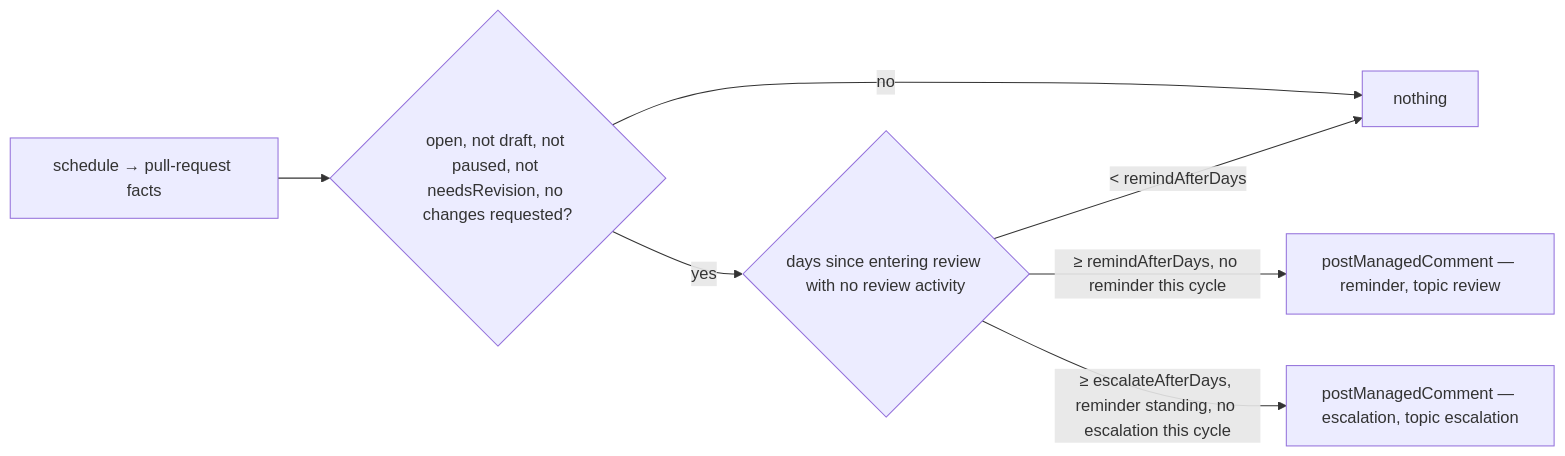
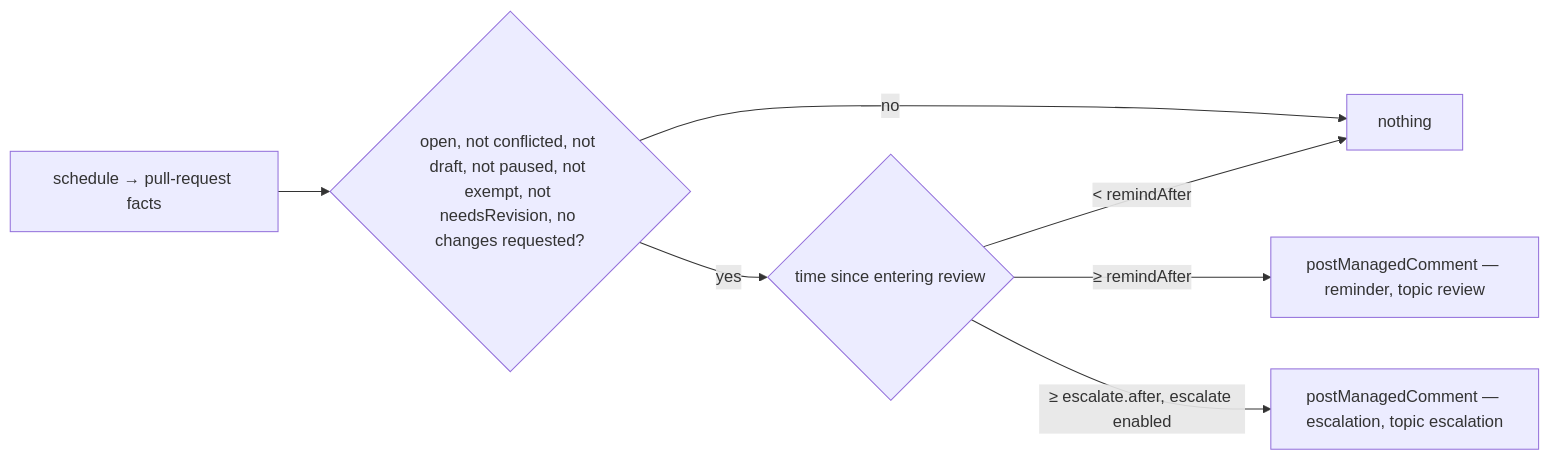
One commit to cheese-cakee/sdk-automations changed the diagram in design/guides/capabilities/reviews.md. Above: the diagram before and after it, drawn with Mermaid. The commit also changed other lines of this file and 268 other files, not shown here.

````diff
--- a/design/guides/capabilities/reviews.md
+++ b/design/guides/capabilities/reviews.md
@@ -46,9 +79,9 @@
 ```mermaid
 flowchart LR
-    S["schedule → pull-request facts"] --> X{"open, not draft, not paused, not needsRevision, no changes requested?"}
+    S["schedule → pull-request facts"] --> X{"open, not conflicted, not draft, not paused, not exempt, not needsRevision, no changes requested?"}
     X -->|no| N["nothing"]
-    X -->|yes| C{"days since entering review with no review activity"}
-    C -->|"< remindAfterDays"| N
-    C -->|"≥ remindAfterDays, no reminder this cycle"| R["postManagedComment — reminder, topic review"]
-    C -->|"≥ escalateAfterDays, reminder standing, no escalation this cycle"| E["postManagedComment — escalation, topic escalation"]
+    X -->|yes| C{"time since entering review"}
+    C -->|"< remindAfter"| N
+    C -->|"≥ remindAfter"| R["postManagedComment — reminder, topic review"]
+    C -->|"≥ escalate.after, escalate enabled"| E["postManagedComment — escalation, topic escalation"]
 ```
````
